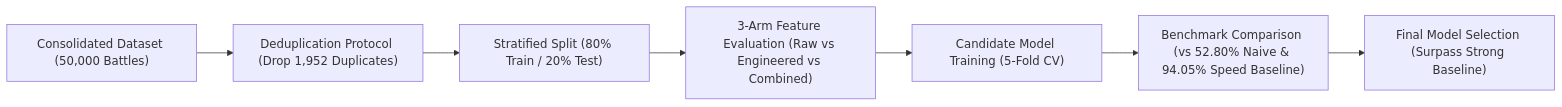
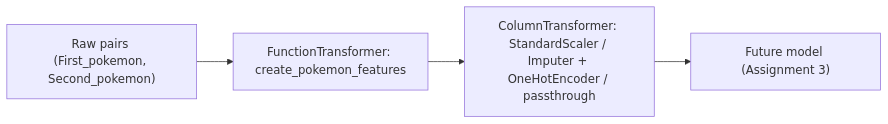
Before and after one commit to errodd/pokemon_battle_winner_predictor: the diagram in README.md, drawn with Mermaid. The commit also changed other lines of this file and 3 other files, not shown here.

````diff
--- a/README.md
+++ b/README.md
@@ -146,9 +174,6 @@
 ```mermaid
 graph LR
-    A["Consolidated Dataset (50,000 Battles)"] --> B["Deduplication Protocol (Drop 1,952 Duplicates)"]
-    B --> C["Stratified Split (80% Train / 20% Test)"]
-    C --> D["3-Arm Feature Evaluation (Raw vs Engineered vs Combined)"]
-    D --> E["Candidate Model Training (5-Fold CV)"]
-    E --> F["Benchmark Comparison (vs 52.80% Naive & 94.05% Speed Baseline)"]
-    F --> G["Final Model Selection (Surpass Strong Baseline)"]
+    A["Raw pairs (First_pokemon, Second_pokemon)"] --> B["FunctionTransformer: create_pokemon_features"]
+    B --> C["ColumnTransformer: StandardScaler / Imputer + OneHotEncoder / passthrough"]
+    C --> D["Future model (Assignment 3)"]
 ```
````
